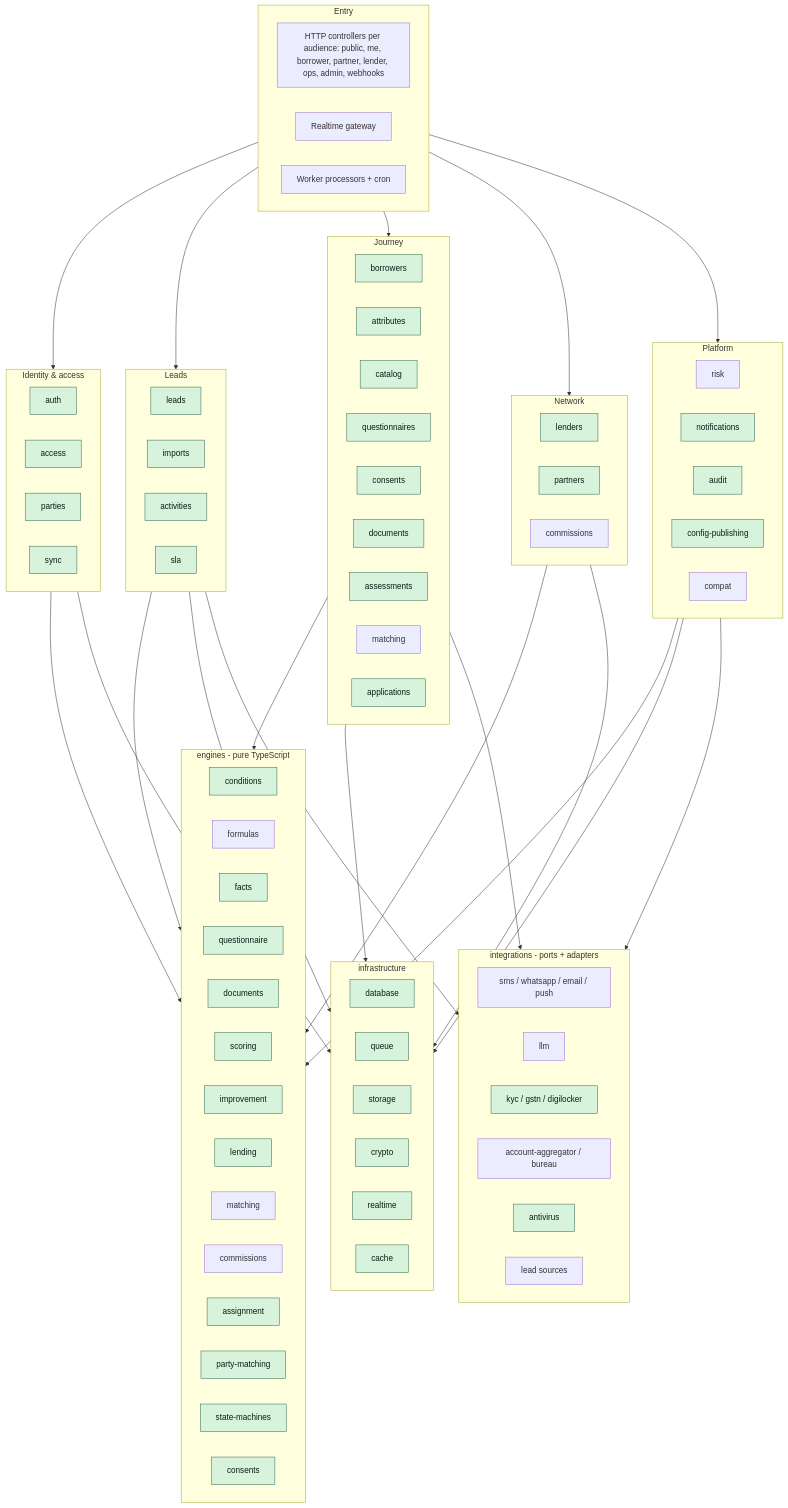
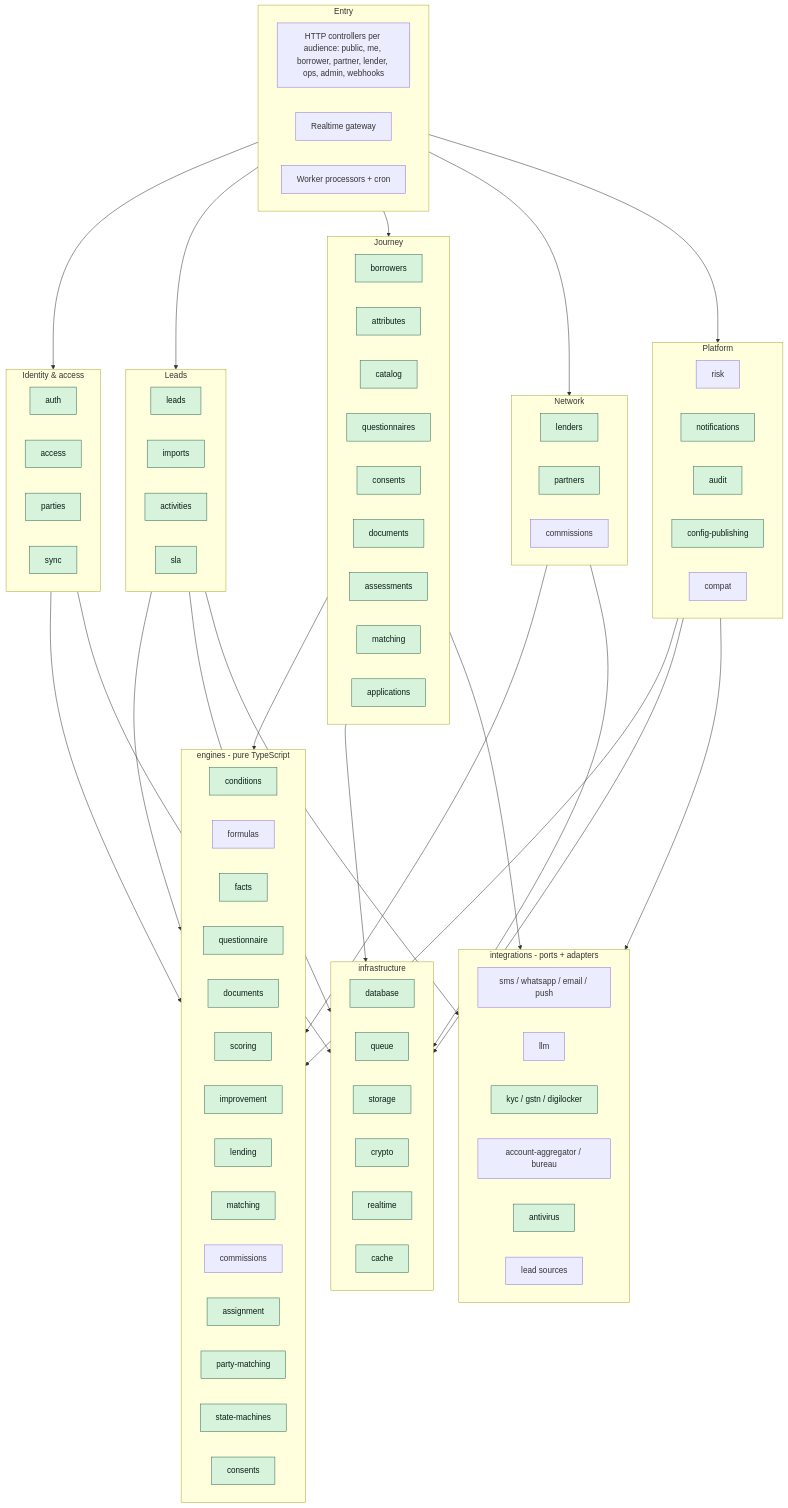
The second of 15 diagrams in docs/ARCHITECTURE.md (Shaikhfaruk/fundenflo), drawn with Mermaid before and after one commit. The commit also changed other lines of this file and 41 other files, not shown here.

````diff
--- a/docs/ARCHITECTURE.md
+++ b/docs/ARCHITECTURE.md
@@ -159,5 +159,5 @@
   LeadsGroup --> Ports
   Platform --> Ports
   classDef built fill:#d8f3dc,stroke:#2d6a4f,color:#081c15
-  class auth,access,parties,catalog,attributes,questionnaires,consents,partners,leads,imports,activities,sla,realtime,sync,documents,borrowers,applications,lenders,assessments,notifications,audit,configPublishing,conditions,facts,questionnaire,partyMatching,stateMachines,consentFold,assignment,docChecklist,lendingEngine,scoring,improvement,database,queue,storage,crypto,cache,avP,kycP built
+  class auth,access,parties,catalog,attributes,questionnaires,consents,partners,leads,imports,activities,sla,realtime,sync,documents,borrowers,applications,lenders,assessments,matching,notifications,audit,configPublishing,conditions,facts,questionnaire,partyMatching,stateMachines,consentFold,assignment,docChecklist,lendingEngine,scoring,improvement,matchingEngine,database,queue,storage,crypto,cache,avP,kycP built
 ```
````
